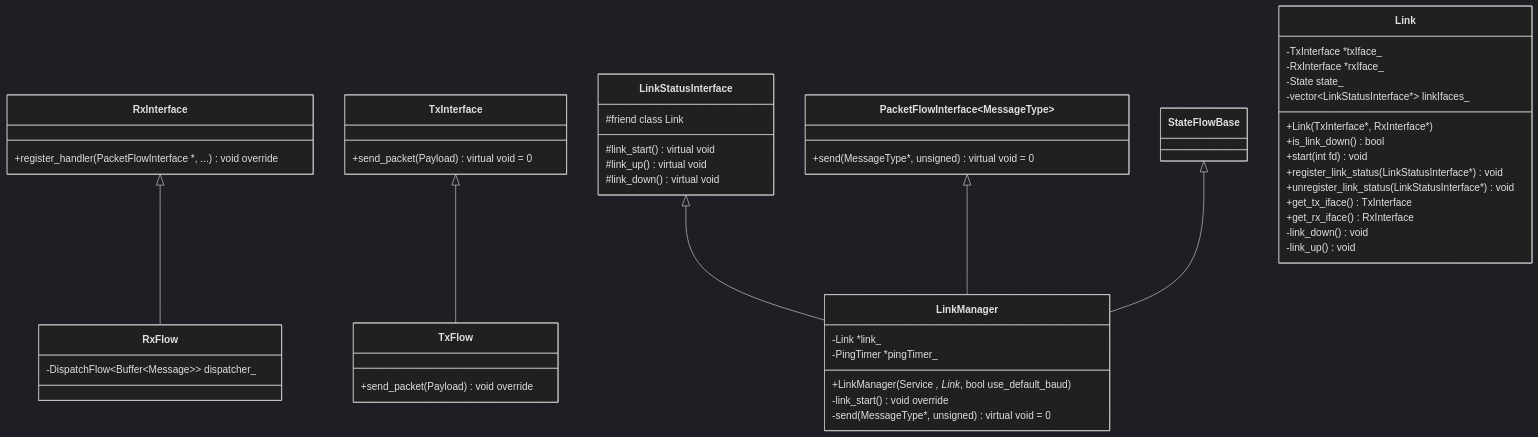
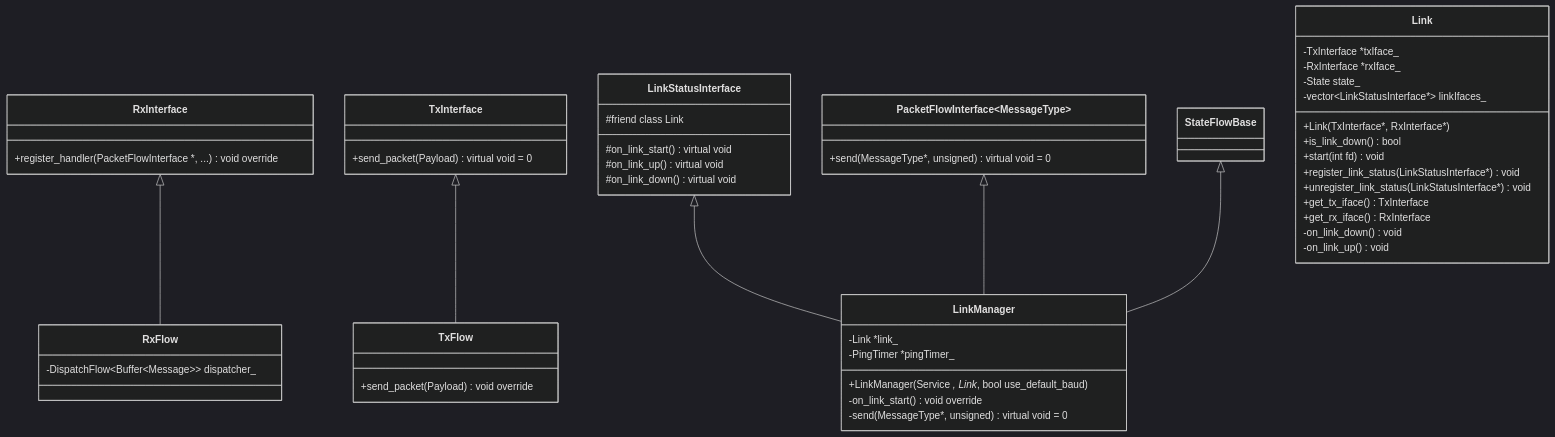
One commit to bakerstu/openmrn changed the fifth of 7 diagrams in src/traction_modem/README.md. Above: the diagram before and after it, drawn with Mermaid (dark theme). The commit also changed other lines of this file, not shown here.

Commit message:
Fix link documentation.

````diff
--- a/src/traction_modem/README.md
+++ b/src/traction_modem/README.md
@@ -140,36 +140,36 @@
 ```mermaid
 classDiagram
     RxInterface                      <|-- RxFlow
     TxInterface                      <|-- TxFlow
     LinkStatusInterface              <|-- LinkManager
     PacketFlowInterface~MessageType~ <|-- LinkManager
     StateFlowBase                    <|-- LinkManager
 
     RxInterface         : +register_handler(PacketFlowInterface *, ...) void override
     TxInterface         : +send_packet(Payload) virtual void = 0
     Link                : -TxInterface *txIface_
     Link                : -RxInterface *rxIface_
     Link                : -State state_
     Link                : -vector~LinkStatusInterface*~ linkIfaces_
     Link                : +Link(TxInterface*, RxInterface*)
     Link                : +is_link_down() bool
     Link                : +start(int fd) void
     Link                : +register_link_status(LinkStatusInterface*) void
     Link                : +unregister_link_status(LinkStatusInterface*) void
     Link                : +get_tx_iface() TxInterface
     Link                : +get_rx_iface() RxInterface
-    Link                : -link_down() void
-    Link                : -link_up() void
+    Link                : -on_link_down() void
+    Link                : -on_link_up() void
     PacketFlowInterface : +send(MessageType*, unsigned) virtual void = 0
     RxFlow              : -DispatchFlow~Buffer~Message~~ dispatcher_
     TxFlow              : +send_packet(Payload) void override
     LinkStatusInterface : #friend class Link
-    LinkStatusInterface : #link_start() virtual void
-    LinkStatusInterface : #link_up() virtual void
-    LinkStatusInterface : #link_down() virtual void
+    LinkStatusInterface : #on_link_start() virtual void
+    LinkStatusInterface : #on_link_up() virtual void
+    LinkStatusInterface : #on_link_down() virtual void
     LinkManager         : -Link *link_
     LinkManager         : -PingTimer *pingTimer_
     LinkManager         : +LinkManager(Service *, Link*, bool use_default_baud)
-    LinkManager         : -link_start() void override
+    LinkManager         : -on_link_start() void override
     LinkManager         : -send(MessageType*, unsigned) virtual void = 0
 ```
````
